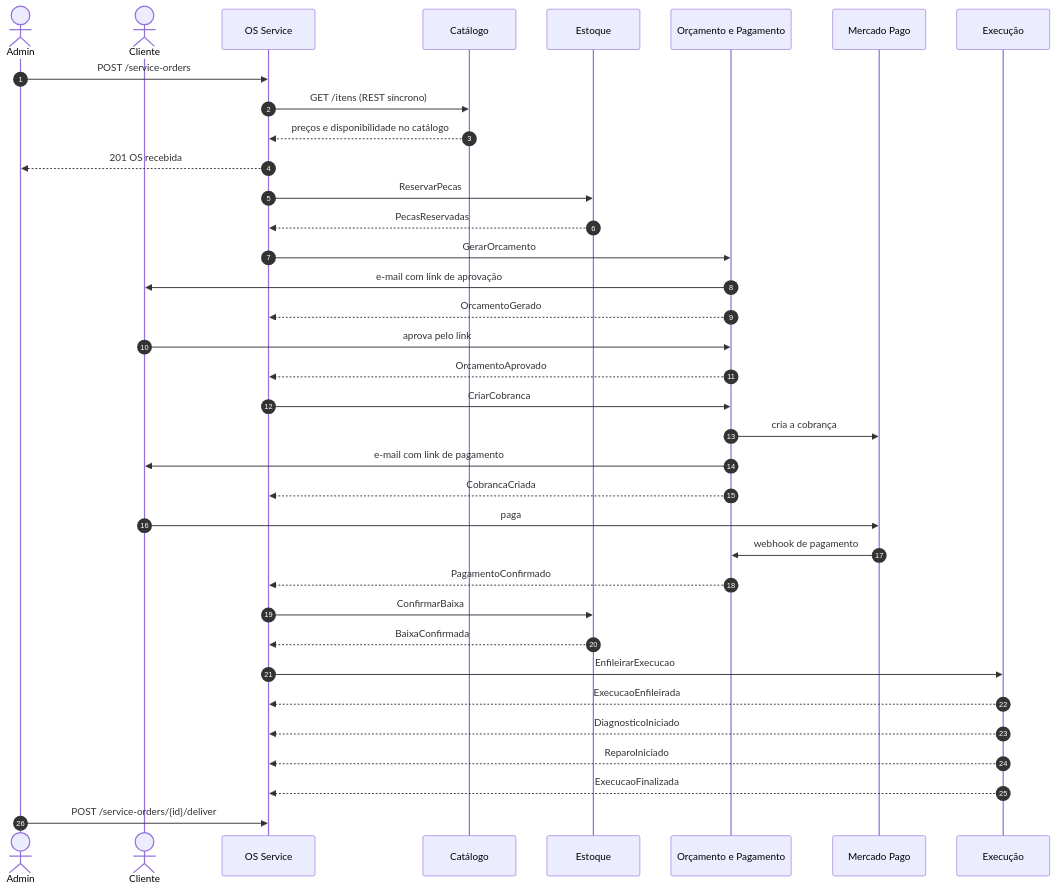
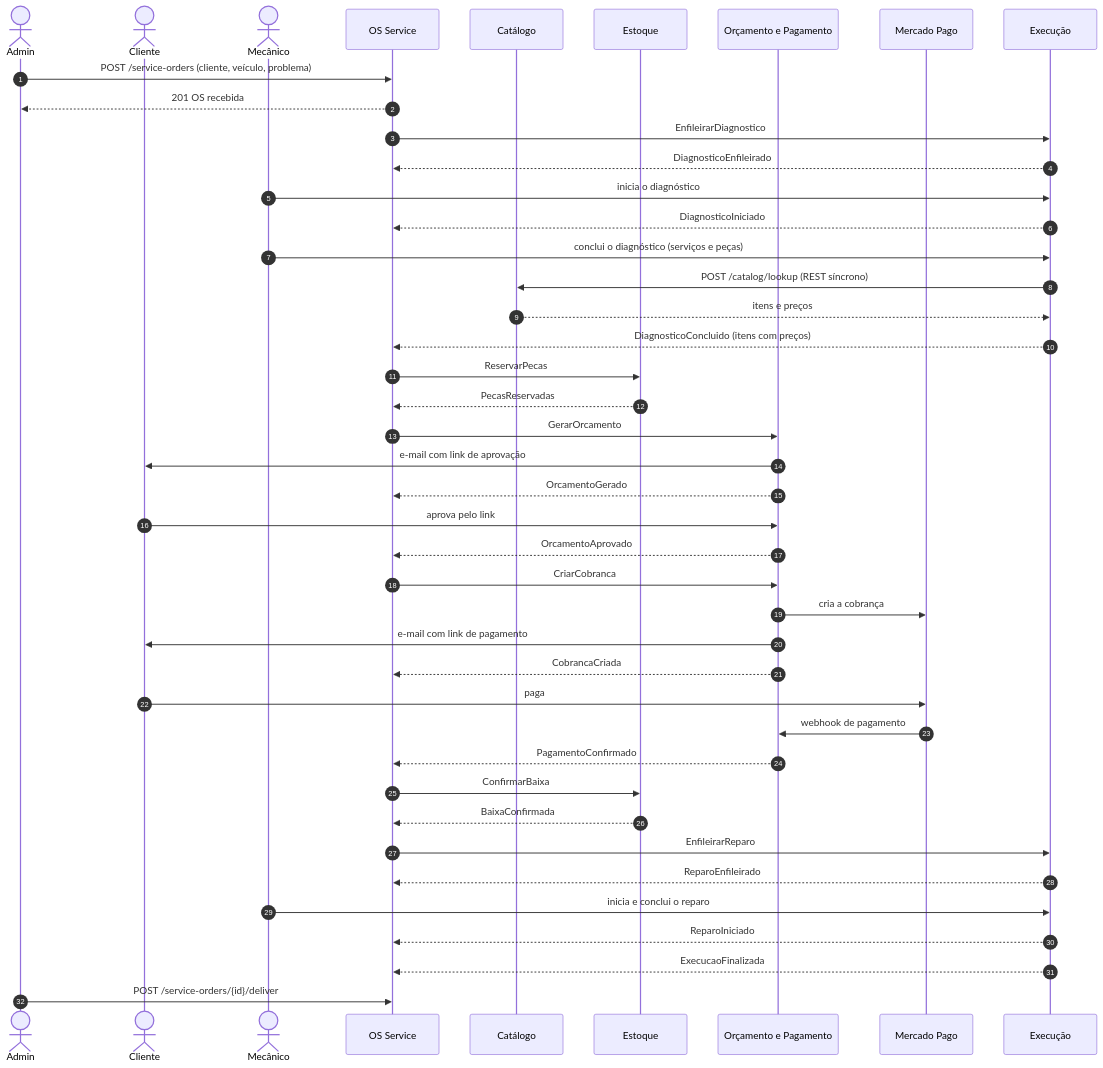
The diagram in docs/saga.md (phantosmia/oficina-mecanica-fiap), drawn with Mermaid before and after one commit. The commit also changed other lines of this file and 5 other files, not shown here.

````diff
--- a/docs/saga.md
+++ b/docs/saga.md
@@ -17,39 +17,46 @@
 ```mermaid
 sequenceDiagram
     autonumber
     actor Admin
     actor Cliente
+    actor Mecanico as Mecânico
     participant OS as OS Service
     participant CAT as Catálogo
     participant EST as Estoque
     participant ORC as Orçamento e Pagamento
     participant MP as Mercado Pago
     participant EXE as Execução
 
-    Admin->>OS: POST /service-orders
-    OS->>CAT: GET /itens (REST síncrono)
-    CAT-->>OS: preços e disponibilidade no catálogo
+    Admin->>OS: POST /service-orders (cliente, veículo, problema)
     OS-->>Admin: 201 OS recebida
+    OS->>EXE: EnfileirarDiagnostico
+    EXE-->>OS: DiagnosticoEnfileirado
+    Mecanico->>EXE: inicia o diagnóstico
+    EXE-->>OS: DiagnosticoIniciado
+    Mecanico->>EXE: conclui o diagnóstico (serviços e peças)
+    EXE->>CAT: POST /catalog/lookup (REST síncrono)
+    CAT-->>EXE: itens e preços
+    EXE-->>OS: DiagnosticoConcluido (itens com preços)
     OS->>EST: ReservarPecas
     EST-->>OS: PecasReservadas
     OS->>ORC: GerarOrcamento
     ORC->>Cliente: e-mail com link de aprovação
     ORC-->>OS: OrcamentoGerado
     Cliente->>ORC: aprova pelo link
     ORC-->>OS: OrcamentoAprovado
     OS->>ORC: CriarCobranca
     ORC->>MP: cria a cobrança
     ORC->>Cliente: e-mail com link de pagamento
     ORC-->>OS: CobrancaCriada
     Cliente->>MP: paga
     MP->>ORC: webhook de pagamento
     ORC-->>OS: PagamentoConfirmado
     OS->>EST: ConfirmarBaixa
     EST-->>OS: BaixaConfirmada
-    OS->>EXE: EnfileirarExecucao
-    EXE-->>OS: ExecucaoEnfileirada
-    EXE-->>OS: DiagnosticoIniciado
+    OS->>EXE: EnfileirarReparo
+    EXE-->>OS: ReparoEnfileirado
+    Mecanico->>EXE: inicia e conclui o reparo
     EXE-->>OS: ReparoIniciado
     EXE-->>OS: ExecucaoFinalizada
     Admin->>OS: POST /service-orders/{id}/deliver
 ```
````
